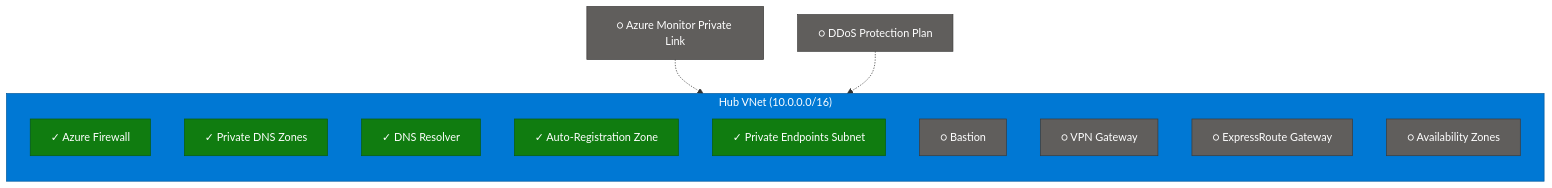
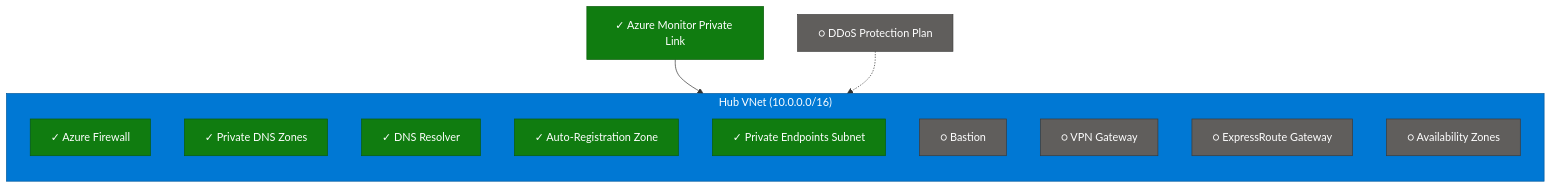
One commit to Ensono/stacks-azure-platform-landing-zone changed the diagram in templates/connectivity_landing_zone_hub_spoke/deploy/terraform/examples/single_region/README.md. Above: the diagram before and after it, drawn with Mermaid. The commit also changed other lines of this file and 10 other files, not shown here.

Commit message:
feat: Enable Azure Monitor Private Link by default and update related documentation

````diff
--- a/templates/connectivity_landing_zone_hub_spoke/deploy/terraform/examples/single_region/README.md
+++ b/templates/connectivity_landing_zone_hub_spoke/deploy/terraform/examples/single_region/README.md
@@ -10,33 +10,33 @@
 ```mermaid
 flowchart TB
     subgraph hub["Hub VNet (10.0.0.0/16)"]
         direction TB
         fw["✓ Azure Firewall"]
         dns["✓ Private DNS Zones"]
         resolver["✓ DNS Resolver"]
         autoreg["✓ Auto-Registration Zone"]
         pe["✓ Private Endpoints Subnet"]
         bastion["○ Bastion"]
         vpn["○ VPN Gateway"]
         er["○ ExpressRoute Gateway"]
         zones["○ Availability Zones"]
     end
 
-    ampls["○ Azure Monitor Private Link"]
+    ampls["✓ Azure Monitor Private Link"]
     ddos["○ DDoS Protection Plan"]
-    ampls -.-> hub
+    ampls --> hub
     ddos -.-> hub
 
     style hub fill:#0078D4,stroke:#005A9E,color:#fff
     style fw fill:#107C10,stroke:#0B5C0B,color:#fff
     style dns fill:#107C10,stroke:#0B5C0B,color:#fff
     style resolver fill:#107C10,stroke:#0B5C0B,color:#fff
     style autoreg fill:#107C10,stroke:#0B5C0B,color:#fff
     style pe fill:#107C10,stroke:#0B5C0B,color:#fff
     style bastion fill:#605E5C,stroke:#3B3A39,color:#fff
     style vpn fill:#605E5C,stroke:#3B3A39,color:#fff
     style er fill:#605E5C,stroke:#3B3A39,color:#fff
     style zones fill:#605E5C,stroke:#3B3A39,color:#fff
-    style ampls fill:#605E5C,stroke:#3B3A39,color:#fff
+    style ampls fill:#107C10,stroke:#0B5C0B,color:#fff
     style ddos fill:#605E5C,stroke:#3B3A39,color:#fff
 ```
````
